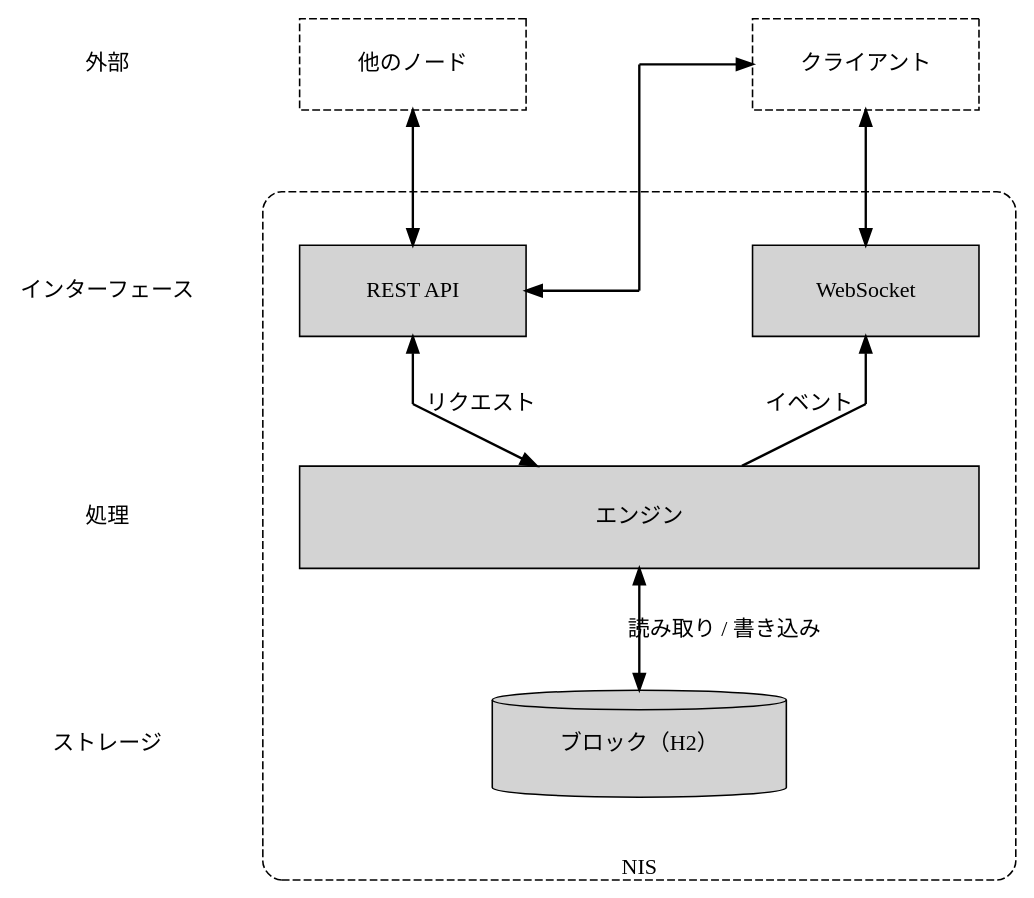
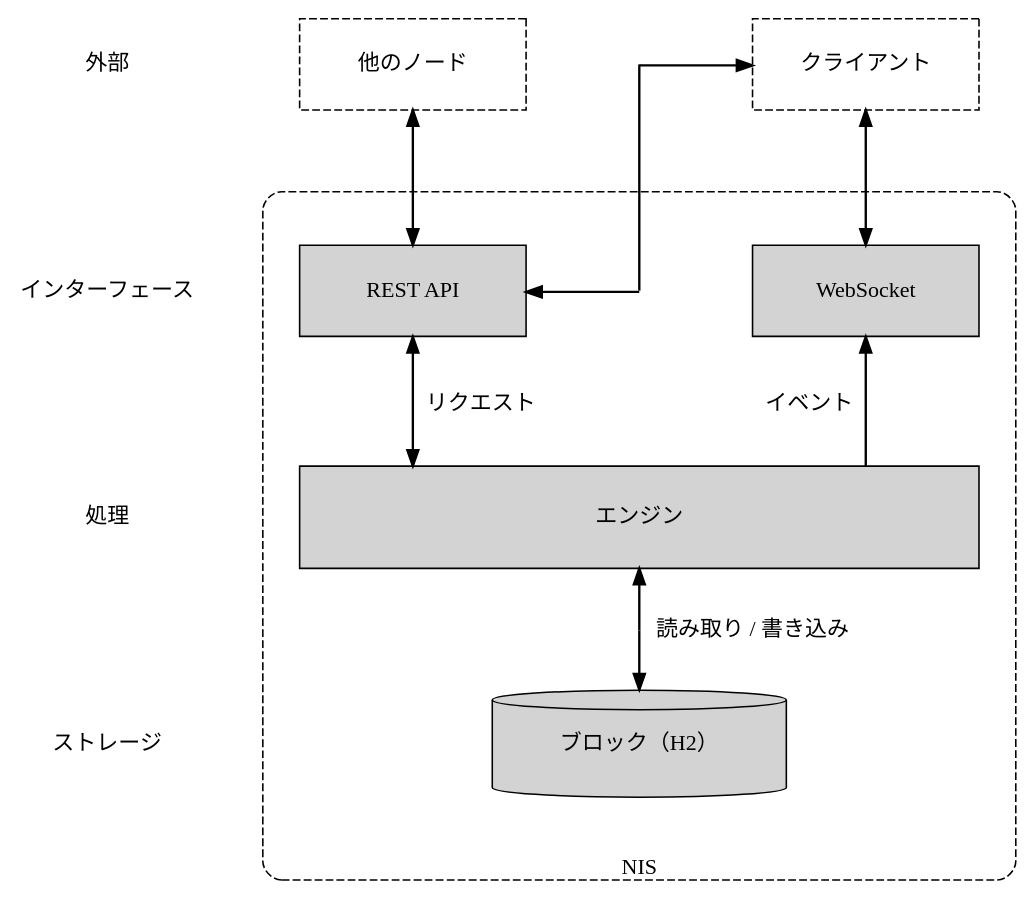
One commit to NemProject/nem changed the first of 2 diagrams in mkdocs/pages/ja/textbook/nodes.md. Above: the diagram before and after it, drawn with Graphviz. The commit also changed other lines of this file and 2 other files, not shown here.

````diff
--- a/mkdocs/pages/ja/textbook/nodes.md
+++ b/mkdocs/pages/ja/textbook/nodes.md
@@ -27,66 +27,66 @@
 ```dot
 digraph NemNode {
     layout=neato;
     splines=ortho;
     node [shape=box];
     edge [penwidth=1.5 dir=both];
 
     // Layer labels
     LblExt  [label="外部"   shape=plain pos="-1.7,6!"];
     LblInt  [label="インターフェース"  shape=plain pos="-1.7,4!"];
     LblProc [label="処理" shape=plain pos="-1.7,2!"];
     LblStor [label="ストレージ"    shape=plain pos="-1.7,0!"];
 
     // External actors
     OtherNodes [label="他のノード" style=dashed fixedsize=true width=2 height=0.8 pos="1,6!"];
     Clients    [label="クライアント" style=dashed fixedsize=true width=2 height=0.8 pos="5,6!"];
 
     subgraph cluster_nis {
         label="";
         style="rounded,dashed";
 
         // Core components
         REST      [label="REST API" style=filled fixedsize=true width=2 height=0.8 pos="1,4!" URL="#rest-api"];
         WebSocket [label="WebSocket" style=filled fixedsize=true width=2 height=0.8 pos="5,4!" URL="#websocket"];
         Engine    [label="エンジン" style=filled fixedsize=true width=6 height=0.9 pos="3,2!" URL="#engine"];
         H2        [label="ブロック（H2）" style=filled shape=cylinder fixedsize=true width=2.6 height=0.95 pos="3,0!" URL="#database"];
         NISLabel  [label="NIS" shape=plain pos="3,-1.1!"];
 
         // Invisible spacers so the NIS box fully encloses REST and WebSocket
         spcL [shape=point style=invis pos="-0.3,4.85!"];
         spcR [shape=point style=invis pos="6.3,4.85!"];
     }
 
     // Midpoint waypoints pin the three Engine arrows to straight verticals,
     // so the labels beside them cannot deflect the arrows off-centre
     pR [shape=point width=0.01 style=invis pos="1,3.0!"];
     pW [shape=point width=0.01 style=invis pos="5,3.0!"];
     pB [shape=point width=0.01 style=invis pos="3,1.0!"];
 
     // Waypoints for the squared Clients <-> REST route
     cw1 [shape=point width=0 style=invis pos="3,4!"];
     cw2 [shape=point width=0 style=invis pos="3,6!"];
 
     // Labels sit right beside their arrows
     reqLbl [label="リクエスト" shape=plain pos="1.6,3.0!"];
     evtLbl [label="イベント"   shape=plain pos="4.5,3.0!"];
-    rwLbl  [label="読み取り / 書き込み" shape=plain pos="3.75,1.0!"];
+    rwLbl  [label="読み取り / 書き込み" shape=plain pos="4,1.0!"];
 
     // External connections
     OtherNodes -> REST;
     Clients -> WebSocket;
 
     // Internal connections, pinned straight through the waypoints
     REST -> pR [dir=back headclip=false];
     pR -> Engine [dir=forward tailclip=false];
     WebSocket -> pW [dir=back headclip=false];
     pW -> Engine [dir=none tailclip=false];
     Engine -> pB [dir=back headclip=false];
     pB -> H2 [dir=forward tailclip=false];
 
     // Clients reach the REST API too: out of REST's right side, into the left of Clients
     REST:e -> cw1 [dir=back];
     cw1 -> cw2 [dir=none];
     cw2 -> Clients:w [dir=forward];
 }
 ```
````
